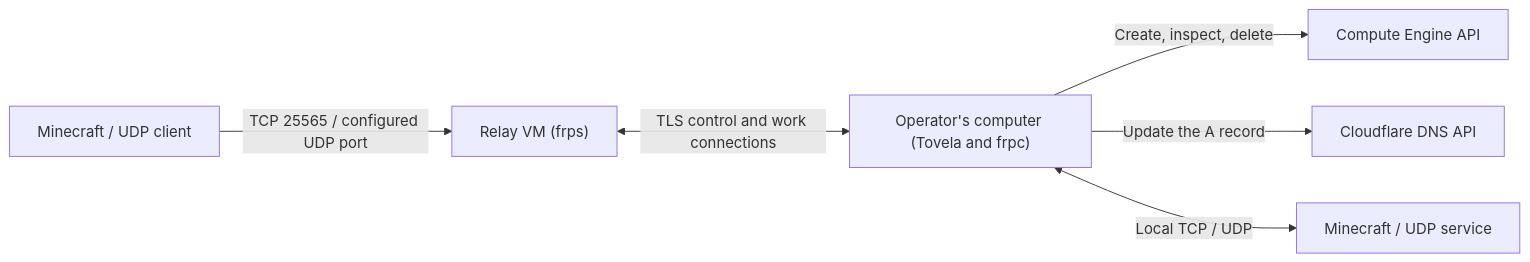
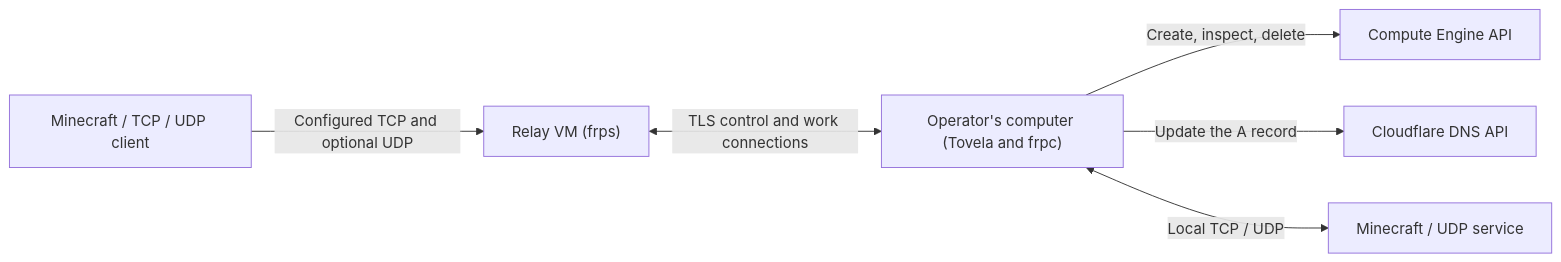
The diagram in docs/design.md (sya-ri/tovela), drawn with Mermaid before and after one commit. The commit also changed other lines of this file and 33 other files, not shown here.

Commit message:
feat: Manage profiles and forward multiple TCP and UDP ports

````diff
--- a/docs/design.md
+++ b/docs/design.md
@@ -7,8 +7,8 @@
 ```mermaid
 flowchart LR
-    Player["Minecraft / UDP client"] -->|"TCP 25565 / configured UDP port"| VM["Relay VM (frps)"]
+    Client["Minecraft / TCP / UDP client"] -->|"Configured TCP and optional UDP"| VM["Relay VM (frps)"]
     VM <-->|"TLS control and work connections"| Local["Operator's computer (Tovela and frpc)"]
     Local -->|"Create, inspect, delete"| GCE["Compute Engine API"]
     Local -->|"Update the A record"| DNS["Cloudflare DNS API"]
     Local <-->|"Local TCP / UDP"| Server["Minecraft / UDP service"]
 ```
````
